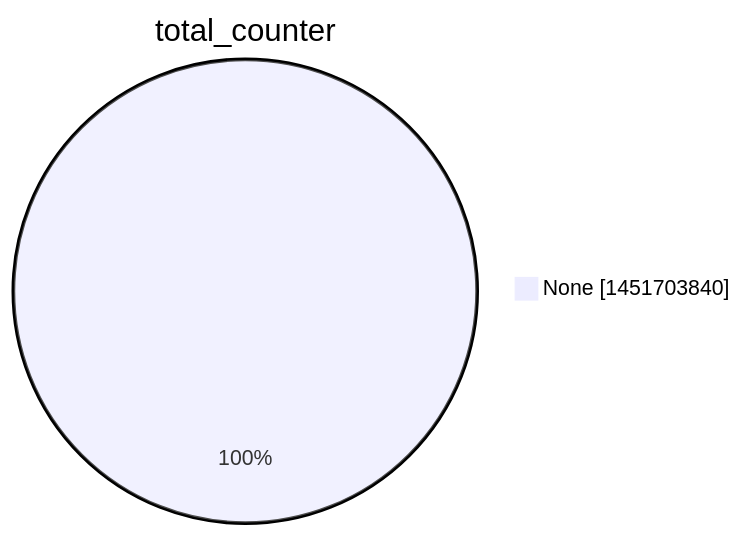
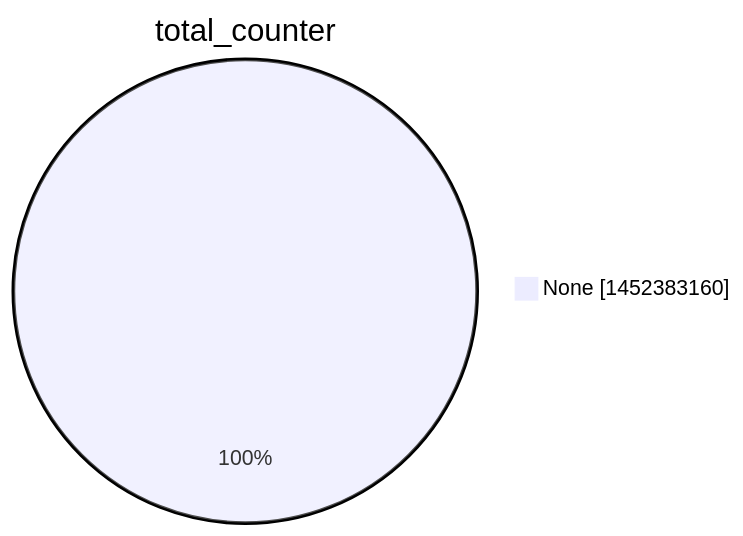
Before and after one commit to christiankrug/ctmonitor_visualization: the second of 15 diagrams in argon2022/README.md, drawn with Mermaid. The commit also changed other lines of this file, not shown here.

````diff
--- a/argon2022/README.md
+++ b/argon2022/README.md
@@ -9,5 +9,5 @@
 ```mermaid
 pie showData
 title total_counter
-"None" :1451703840
+"None" :1452383160
 ```
````
